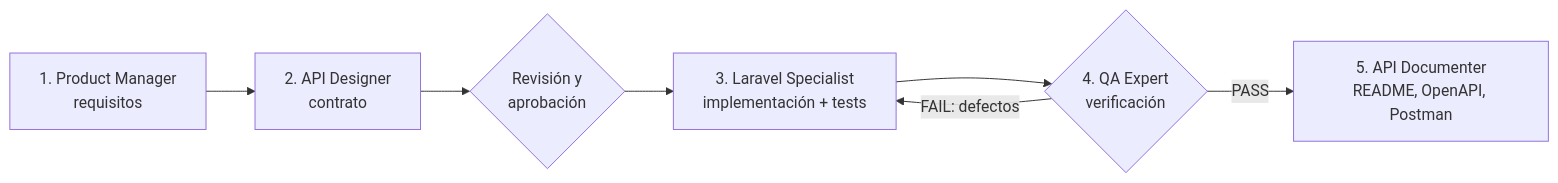
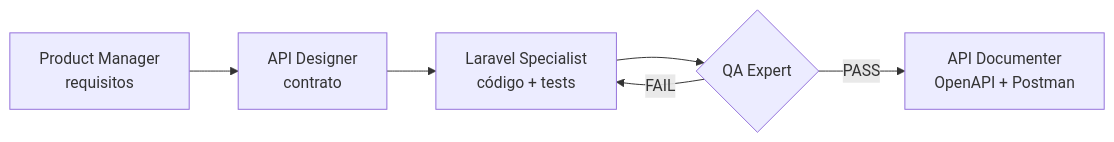
One commit to andresmarquez02/beos changed the first of 2 diagrams in README.md. Above: the diagram before and after it, drawn with Mermaid. The commit also changed other lines of this file, not shown here.

Commit message:
Change readme, update  tokens on postman json

````diff
--- a/README.md
+++ b/README.md
@@ -16,9 +7,7 @@
 ```mermaid
 flowchart LR
-    PM["1. Product Manager<br/>requisitos"] --> AD["2. API Designer<br/>contrato"]
-    AD --> R{"Revisión y<br/>aprobación"}
-    R --> DEV["3. Laravel Specialist<br/>implementación + tests"]
-    DEV --> QA{"4. QA Expert<br/>verificación"}
-    QA -- FAIL: defectos --> DEV
-    QA -- PASS --> DOC["5. API Documenter<br/>README, OpenAPI, Postman"]
+    PM["Product Manager<br/>requisitos"] --> AD["API Designer<br/>contrato"] --> DEV["Laravel Specialist<br/>código + tests"]
+    DEV --> QA{"QA Expert"}
+    QA -- FAIL --> DEV
+    QA -- PASS --> DOC["API Documenter<br/>OpenAPI + Postman"]
 ```
````
